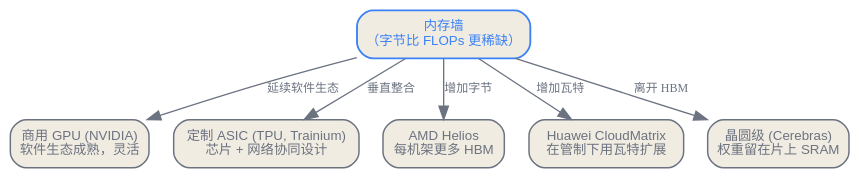
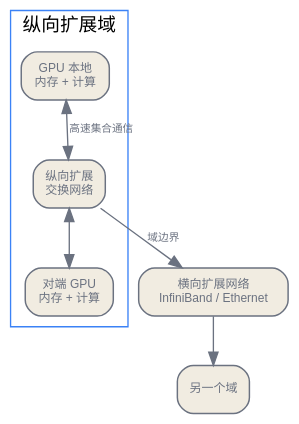
One commit to latere-ai/ai-as-an-infrastructure changed the third of 4 diagrams in zh/infrastructure/05-the-compute-frontier.qmd. Above: the diagram before and after it, drawn with Graphviz. The commit also changed other lines of this file and 3 other files, not shown here.

Commit message:
docs: rewrite Chinese compute frontier chapter

````diff
--- a/zh/infrastructure/05-the-compute-frontier.qmd
+++ b/zh/infrastructure/05-the-compute-frontier.qmd
@@ -84,23 +120,26 @@
 ```{dot}
-//| label: fig-compute-frontier-accelerator-field
-//| fig-cap: "加速器路线按各家针对带宽墙优化的对象区分，而不是按峰值 FLOPs 排座次。商用 GPU 与定制 ASIC 从相反的整合策略争夺同一负载；AMD 与 Huawei 用字节和瓦特回应墙；晶圆级则靠从不离开裸片来回应。"
-digraph accelerator_field {
+//| label: fig-compute-frontier-domain
+//| fig-cap: "多节点纵向扩展网络扩大了高速局部域，但软件仍要把进程组与集合通信映射到物理链路。越过横向扩展边界后，性能与故障行为都会改变。"
+digraph domain {
   rankdir=TB;
   bgcolor="transparent";
-  node [shape=box, style="rounded,filled", fontname="Helvetica", fontsize=10, color="#6b7280", fontcolor="#6b7280", fillcolor="#f1ece1", penwidth=1.1];
-  edge [color="#6b7280", fontcolor="#6b7280", fontsize=9];
+  node [shape=box, style="rounded,filled", fontname="Helvetica", fontsize=9,
+        color="#6b7280", fontcolor="#6b7280", fillcolor="#f1ece1", penwidth=1.1];
+  edge [fontname="Helvetica", fontsize=8, color="#6b7280", fontcolor="#6b7280"];
 
-  wall [label="内存墙\n（字节比 FLOPs 更稀缺）", color="#3b82f6", fontcolor="#3b82f6", penwidth=1.4];
-  gpu  [label="商用 GPU (NVIDIA)\n软件生态成熟，灵活"];
-  asic [label="定制 ASIC (TPU, Trainium)\n芯片 + 网络协同设计"];
-  mem  [label="AMD Helios\n每机架更多 HBM"];
-  hw   [label="Huawei CloudMatrix\n在管制下用瓦特扩展"];
-  saf  [label="晶圆级 (Cerebras)\n权重留在片上 SRAM"];
-
-  wall -> gpu [label="延续软件生态"];
-  wall -> asic [label="垂直整合"];
-  wall -> mem [label="增加字节"];
-  wall -> hw [label="增加瓦特"];
-  wall -> saf [label="离开 HBM"];
+  graph [compound=true, pad=0.04, nodesep=0.22];
+  subgraph cluster_up {
+    label="纵向扩展域";
+    color="#3b82f6";
+    gpu1 [label="GPU 本地\n内存 + 计算"];
+    sw [label="纵向扩展\n交换网络"];
+    gpu2 [label="对端 GPU\n内存 + 计算"];
+    gpu1 -> sw [dir=both, label="高速集合通信"];
+    sw -> gpu2 [dir=both];
+  }
+  out [label="横向扩展网络\nInfiniBand / Ethernet"];
+  peer [label="另一个域"];
+  sw -> out [label="域边界"];
+  out -> peer;
 }
 ```
````
